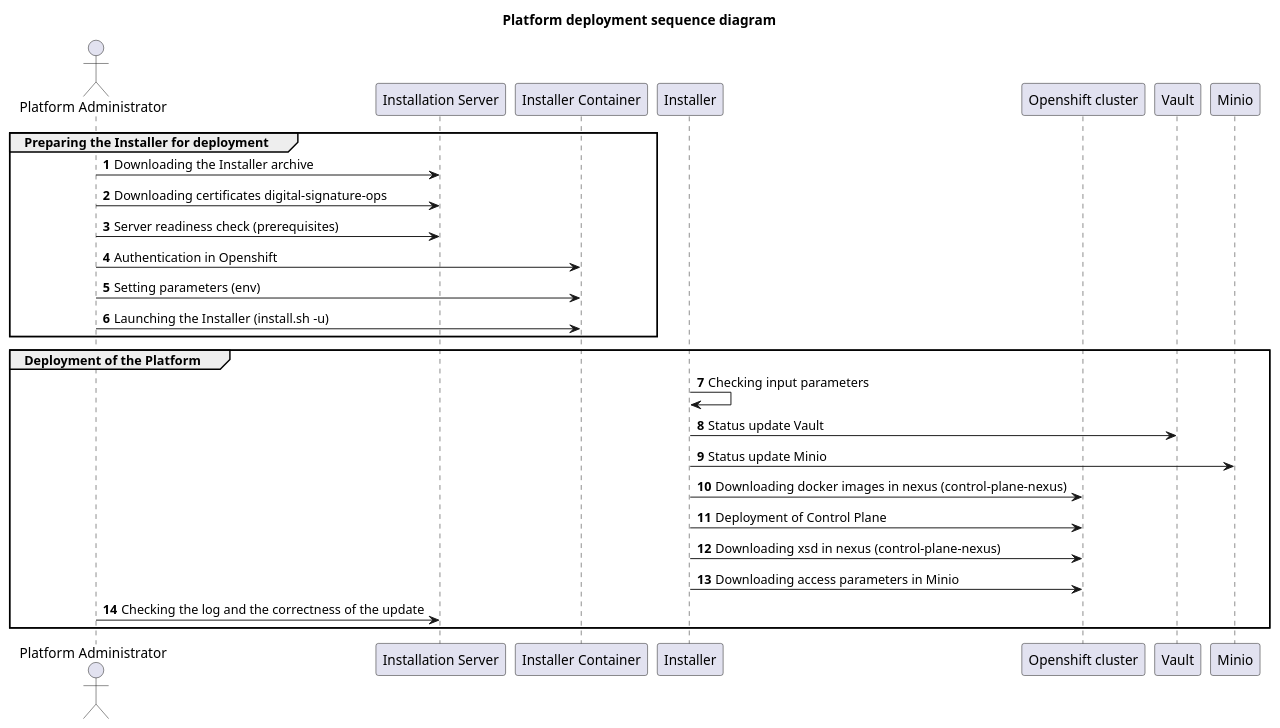
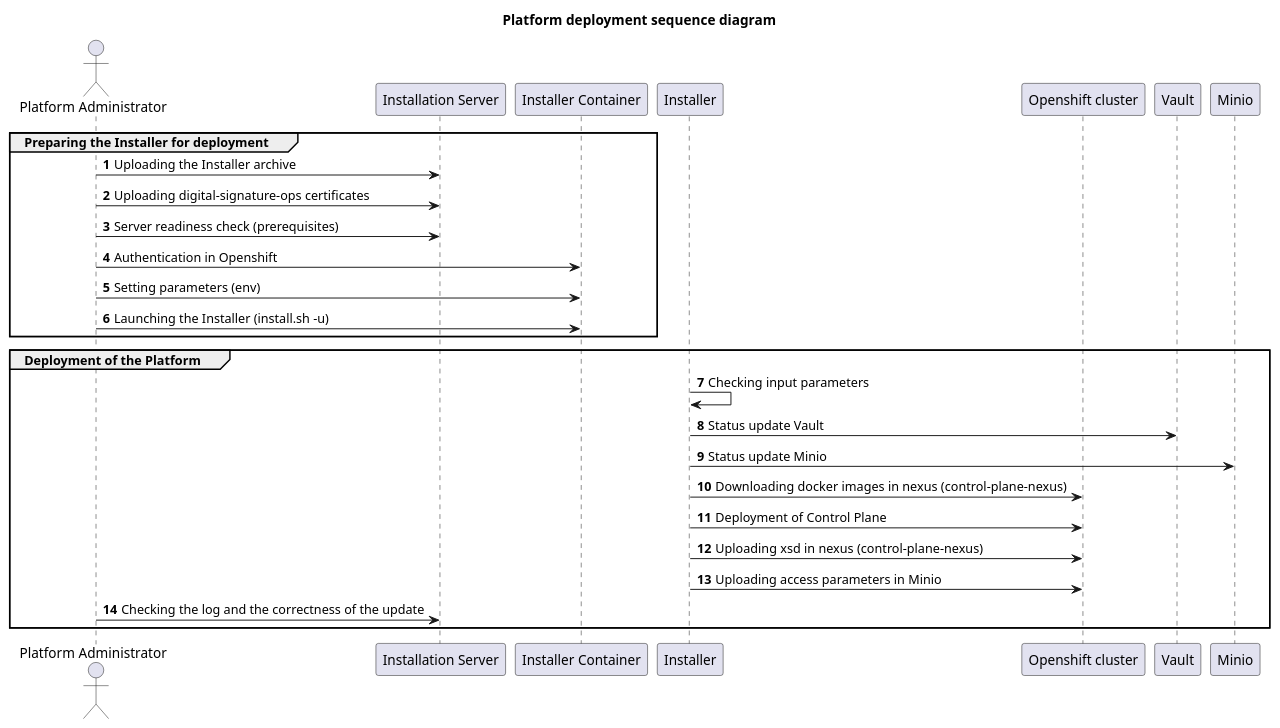
The third of 3 diagrams in docs/en/modules/arch/pages/architecture/platform-installer/installer-structure.adoc (epam/edp-ddm-architecture), drawn with PlantUML before and after one commit. The commit also changed other lines of this file and 957 other files, not shown here.

```diff
--- a/docs/en/modules/arch/pages/architecture/platform-installer/installer-structure.adoc
+++ b/docs/en/modules/arch/pages/architecture/platform-installer/installer-structure.adoc
@@ -128,39 +117,39 @@
 [plantuml, update_flow, svg]
 ----
 @startuml
 
 actor "Platform Administrator" as devops order 10
 participant "Installation Server" as jumpbox  order 30
 participant "Installer Container" as docker_load  order 35
 participant "Installer" as install.sh  order 40
 participant "Openshift cluster" as openshift  order 45
 participant "Vault" as vault  order 50
 participant "Minio" as minio  order 55
 
 autonumber
 
 title Platform deployment sequence diagram
 
 group Preparing the Installer for deployment
-devops -> jumpbox: Downloading the Installer archive
-devops -> jumpbox: Downloading certificates digital-signature-ops
+devops -> jumpbox: Uploading the Installer archive
+devops -> jumpbox: Uploading digital-signature-ops certificates
 devops -> jumpbox: Server readiness check (prerequisites)
 devops -> docker_load: Authentication in Openshift
 devops -> docker_load: Setting parameters (env)
 devops -> docker_load: Launching the Installer (install.sh -u)
 end
 
 group Deployment of the Platform
 install.sh -> install.sh: Checking input parameters
 install.sh -> vault: Status update Vault
 install.sh -> minio: Status update Minio
 install.sh -> openshift: Downloading docker images in nexus (control-plane-nexus)
 install.sh -> openshift: Deployment of Control Plane
-install.sh -> openshift: Downloading xsd in nexus (control-plane-nexus)
-install.sh -> openshift: Downloading access parameters in Minio
+install.sh -> openshift: Uploading xsd in nexus (control-plane-nexus)
+install.sh -> openshift: Uploading access parameters in Minio
 devops -> jumpbox: Checking the log and the correctness of the update
 end
 
 @enduml
 
 ----
```
